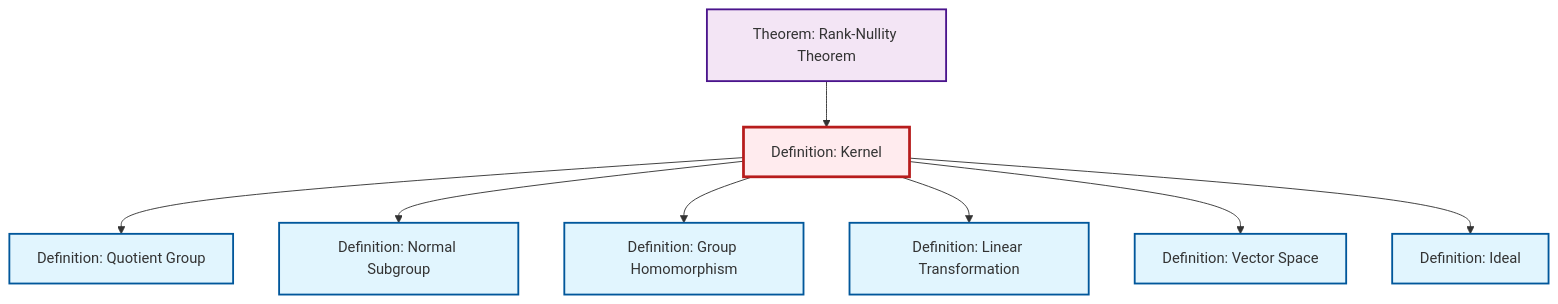
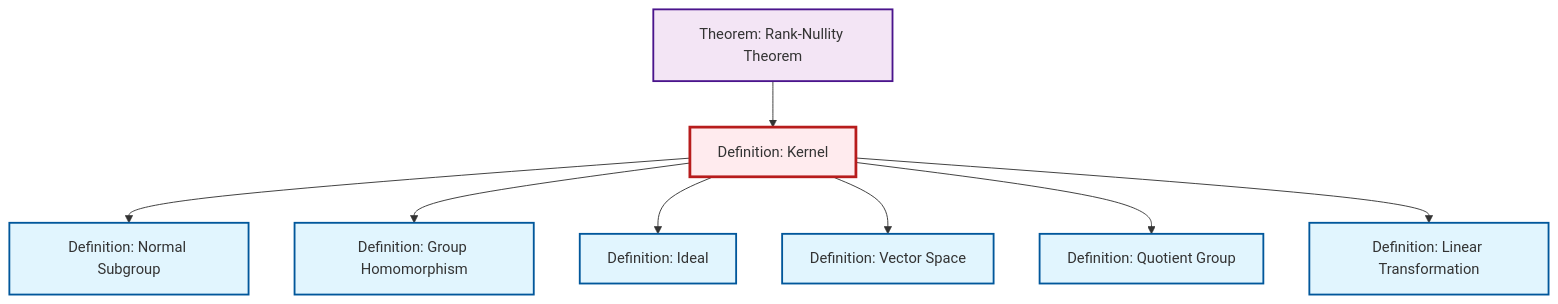
Before and after one commit to RK0429/ModernMath: the diagram in content/ja/algebra/def-kernel.qmd, drawn with Mermaid. The commit also changed other lines of this file and 434 other files, not shown here.

````diff
--- a/content/ja/algebra/def-kernel.qmd
+++ b/content/ja/algebra/def-kernel.qmd
@@ -80,32 +80,32 @@
 ```{mermaid}
 %%| fig-cap: "Local dependency graph"
 graph TD
     classDef definition fill:#e1f5fe,stroke:#01579b,stroke-width:2px
     classDef theorem fill:#f3e5f5,stroke:#4a148c,stroke-width:2px
     classDef axiom fill:#fff3e0,stroke:#e65100,stroke-width:2px
     classDef example fill:#e8f5e9,stroke:#1b5e20,stroke-width:2px
     classDef current fill:#ffebee,stroke:#b71c1c,stroke-width:3px
+    def-linear-transformation["Definition: Linear Transformation"]:::definition
+    def-homomorphism["Definition: Group Homomorphism"]:::definition
     def-kernel["Definition: Kernel"]:::definition
+    def-normal-subgroup["Definition: Normal Subgroup"]:::definition
+    def-quotient-group["Definition: Quotient Group"]:::definition
+    thm-rank-nullity["Theorem: Rank-Nullity Theorem"]:::theorem
     def-vector-space["Definition: Vector Space"]:::definition
-    def-homomorphism["Definition: Group Homomorphism"]:::definition
-    def-normal-subgroup["Definition: Normal Subgroup"]:::definition
-    thm-rank-nullity["Theorem: Rank-Nullity Theorem"]:::theorem
-    def-quotient-group["Definition: Quotient Group"]:::definition
     def-ideal["Definition: Ideal"]:::definition
-    def-linear-transformation["Definition: Linear Transformation"]:::definition
-    def-kernel --> def-quotient-group
-    thm-rank-nullity --> def-kernel
     def-kernel --> def-normal-subgroup
     def-kernel --> def-homomorphism
+    def-kernel --> def-ideal
+    thm-rank-nullity --> def-kernel
+    def-kernel --> def-vector-space
+    def-kernel --> def-quotient-group
     def-kernel --> def-linear-transformation
-    def-kernel --> def-vector-space
-    def-kernel --> def-ideal
     class def-kernel current
-    click def-vector-space "def-vector-space.html" "Definition: Vector Spaceへ"
+    click def-linear-transformation "def-linear-transformation.html" "Definition: Linear Transformationへ"
     click def-homomorphism "def-homomorphism.html" "Definition: Group Homomorphismへ"
     click def-normal-subgroup "def-normal-subgroup.html" "Definition: Normal Subgroupへ"
+    click def-quotient-group "def-quotient-group.html" "Definition: Quotient Groupへ"
     click thm-rank-nullity "thm-rank-nullity.html" "Theorem: Rank-Nullity Theoremへ"
-    click def-quotient-group "def-quotient-group.html" "Definition: Quotient Groupへ"
+    click def-vector-space "def-vector-space.html" "Definition: Vector Spaceへ"
     click def-ideal "def-ideal.html" "Definition: Idealへ"
-    click def-linear-transformation "def-linear-transformation.html" "Definition: Linear Transformationへ"
 ```
````
